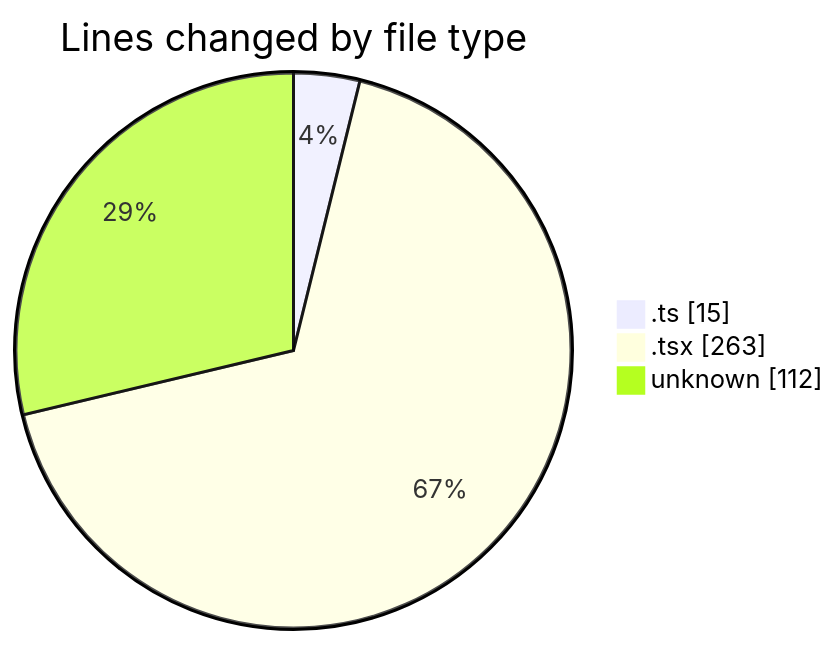
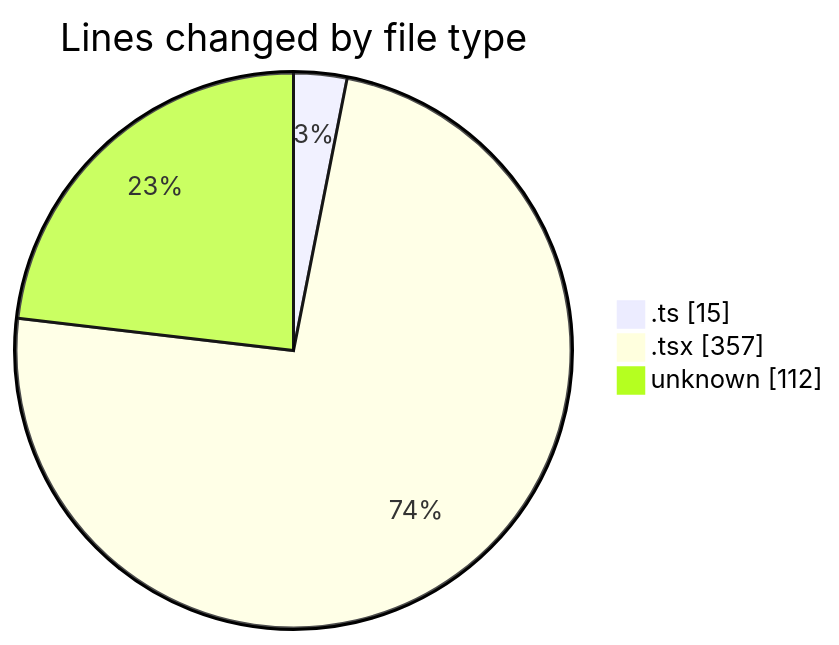
The first of 2 diagrams in 2026-04-29/cda/README.md (momahboobian/code-tracking), drawn with Mermaid before and after one commit. The commit also changed other lines of this file and 1 other file, not shown here.

````diff
--- a/2026-04-29/cda/README.md
+++ b/2026-04-29/cda/README.md
@@ -26,7 +27,7 @@
 ```mermaid
 pie showData
 title Lines changed by file type
 ".ts" : 15
-".tsx" : 263
+".tsx" : 357
 "unknown" : 112
 ```
````
